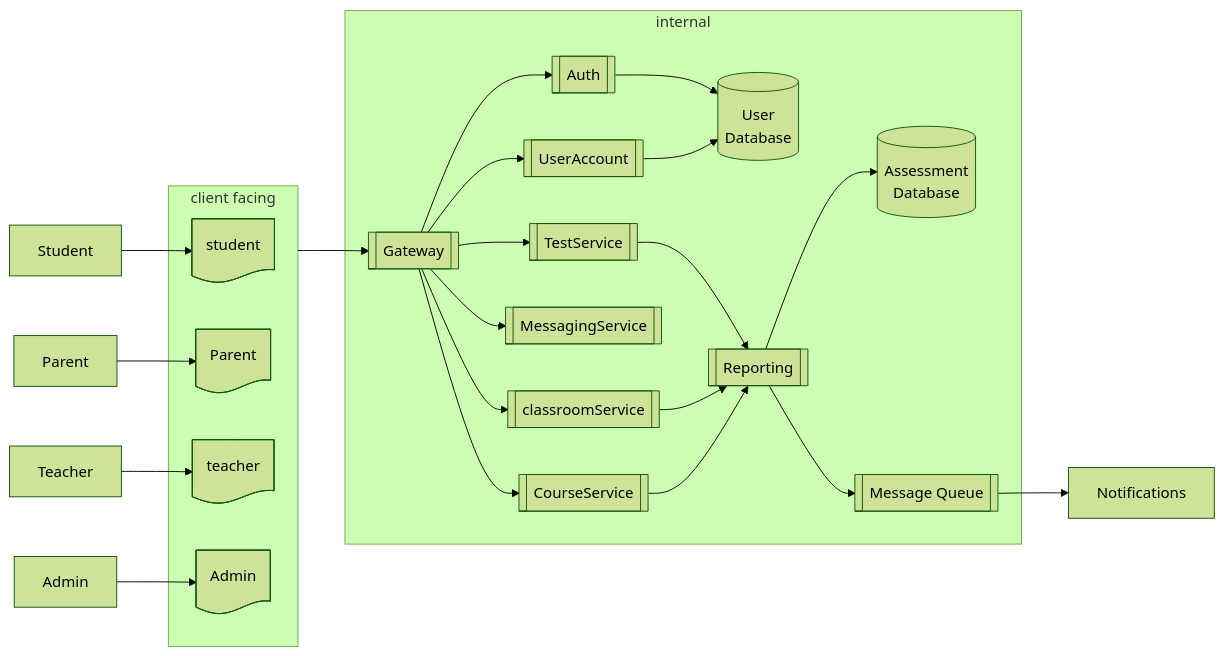
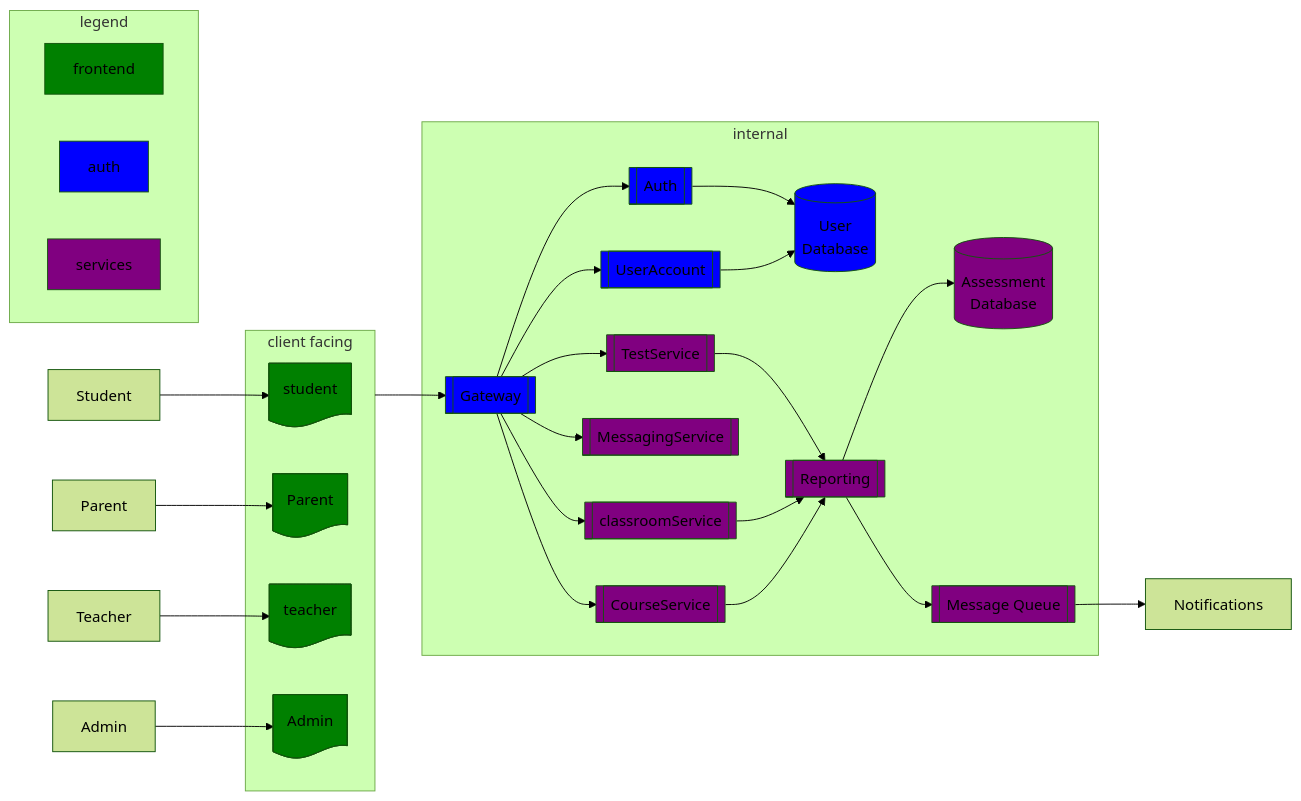
One commit to zachariaswik/FE405_Project changed the diagram in diagram.md. Above: the diagram before and after it, drawn with Mermaid (forest theme).

Commit message:
update diagram

````diff
--- a/diagram.md
+++ b/diagram.md
@@ -3,38 +3,50 @@
 ```mermaid
 flowchart LR
+    classDef frontend fill:green
+    classDef auth fill:blue
+    classDef services fill:purple
     Student[Student] --> SF
     Parent[Parent] --> PF
     Teacher[Teacher] --> TF
     Admin[Admin] --> AF
     
     
     subgraph F[client facing]
-        TF@{ shape: doc, label: "teacher"}
-        SF@{ shape: doc, label: "student"}
-        PF@{ shape: doc, label: "Parent"}
-        AF@{ shape: doc, label: "Admin"}
+        
+        TF:::frontend@{ shape: doc, label: "teacher"}
+        SF:::frontend@{ shape: doc, label: "student"}
+        PF:::frontend@{ shape: doc, label: "Parent"}
+        AF:::frontend@{ shape: doc, label: "Admin"}
     end
 
     F -->  GW --> A
     subgraph B[internal]
         P_DB[(User
-        Database)]
+        Database)]:::auth
 
-        A[[Auth]] --> P_DB
-        GW[[Gateway]]    
-        Ass[[TestService]] --> R
+        A[[Auth]]:::auth --> P_DB
+        GW[[Gateway]]:::auth    
+        Ass[[TestService]]:::services --> R
         GW --> CR & Comm & P & Course & Ass
-        CR[[classroomService]] --> R
-        Course[[CourseService]] --> R --> DB
-        Comm[[MessagingService]]
-        P[[UserAccount]] --> P_DB
-        R[[Reporting]] 
+        CR[[classroomService]]:::services --> R
+        Course[[CourseService]]:::services --> R --> DB
+        Comm[[MessagingService]]:::services
+        P[[UserAccount]]:::auth --> P_DB
+        R[[Reporting]]:::services
         DB[(Assessment 
-        Database)]
+        Database)]:::services
 
-        R --> MQ[[ Message Queue]]
+        R --> MQ[[ Message Queue]]:::services
     end
 
     MQ --> Notifications
 
+
+    %% Legend
+    subgraph legend
+        direction LR
+        X[frontend]:::frontend
+        Y[auth]:::auth
+        Z[services]:::services
+    end
 ```
````
